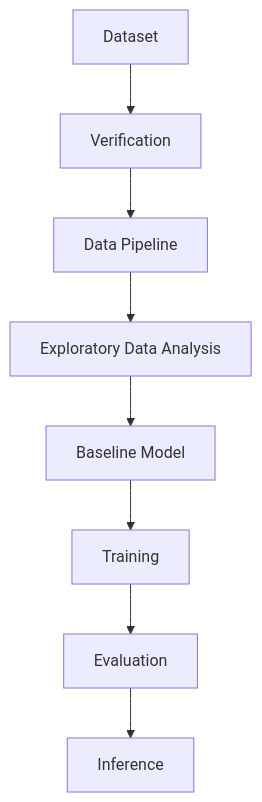
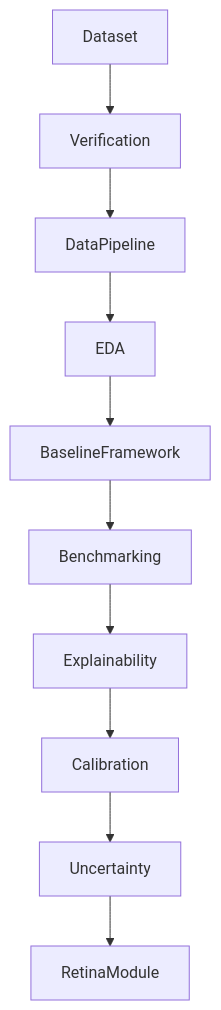
The second of 2 diagrams in docs/architecture.md (Dr-Venom29/FusionMedAI), drawn with Mermaid before and after one commit. The commit also changed other lines of this file and 101 other files, not shown here.

Commit message:
feat(calibration): implement temperature scaling pipeline

````diff
--- a/docs/architecture.md
+++ b/docs/architecture.md
@@ -33,11 +33,13 @@
 ```mermaid
 flowchart TD
     Dataset
     --> Verification
-    --> DataPipeline[Data Pipeline]
-    --> EDA[Exploratory Data Analysis]
-    --> BaselineModel[Baseline Model]
-    --> Training
-    --> Evaluation
-    --> Inference
+    --> DataPipeline
+    --> EDA
+    --> BaselineFramework
+    --> Benchmarking
+    --> Explainability
+    --> Calibration
+    --> Uncertainty
+    --> RetinaModule
 ```
````
